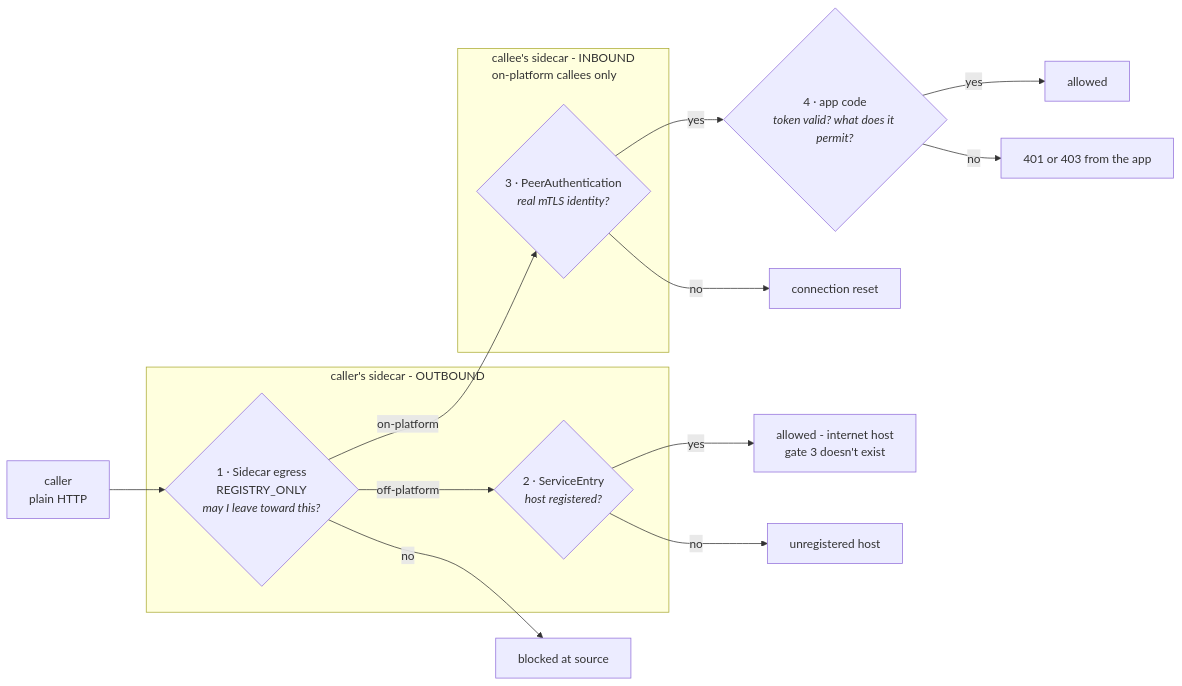
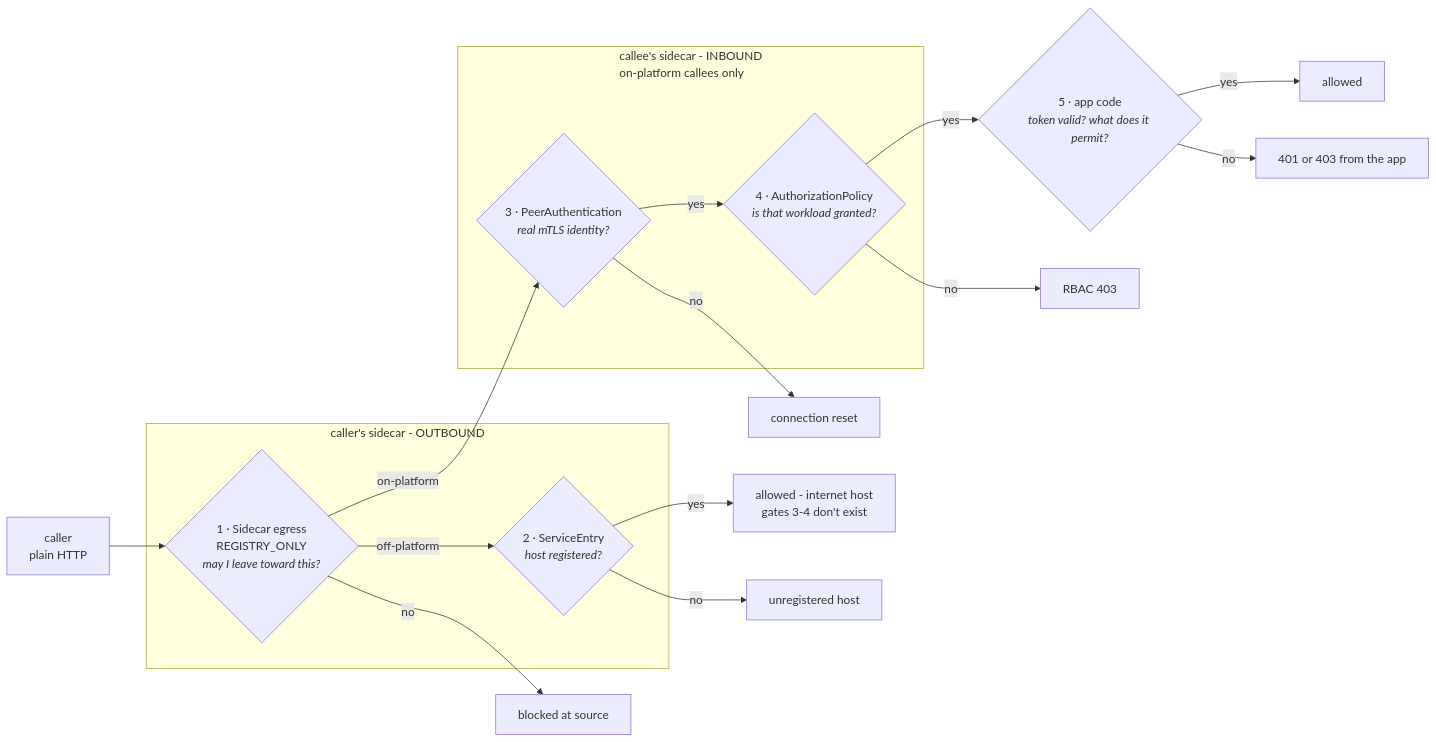
Before and after one commit to cujarrett/homelab: the diagram in platform/docs/connections.md, drawn with Mermaid. The commit also changed other lines of this file and 8 other files, not shown here.

Commit message:
feat(mesh): deny inbound by default with an AuthorizationPolicy from provides

````diff
--- a/platform/docs/connections.md
+++ b/platform/docs/connections.md
@@ -28,24 +28,27 @@
 ```mermaid
 flowchart LR
     APP["caller<br/>plain HTTP"] --> G1
 
     subgraph OUT["caller's sidecar - OUTBOUND"]
       G1{"1 · Sidecar egress<br/>REGISTRY_ONLY<br/><i>may I leave toward this?</i>"}
       G2{"2 · ServiceEntry<br/><i>host registered?</i>"}
     end
 
     subgraph IN["callee's sidecar - INBOUND<br/>on-platform callees only"]
       G3{"3 · PeerAuthentication<br/><i>real mTLS identity?</i>"}
+      G4{"4 · AuthorizationPolicy<br/><i>is that workload granted?</i>"}
+      G3 -->|yes| G4
     end
 
     G1 -->|"on-platform"| G3
     G1 -->|"off-platform"| G2
-    G2 -->|yes| NET["allowed - internet host<br/>gate 3 doesn't exist"]
-    G3 -->|yes| G4{"4 · app code<br/><i>token valid? what does it permit?</i>"}
-    G4 -->|yes| DST["allowed"]
+    G2 -->|yes| NET["allowed - internet host<br/>gates 3-4 don't exist"]
+    G4 -->|yes| G5{"5 · app code<br/><i>token valid? what does it permit?</i>"}
+    G5 -->|yes| DST["allowed"]
 
     G1 -->|no| D1["blocked at source"]
     G2 -->|no| D2["unregistered host"]
     G3 -->|no| D3["connection reset"]
-    G4 -->|no| D4["401 or 403 from the app"]
+    G4 -->|no| D4["RBAC 403"]
+    G5 -->|no| D5["401 or 403 from the app"]
 ```
````
